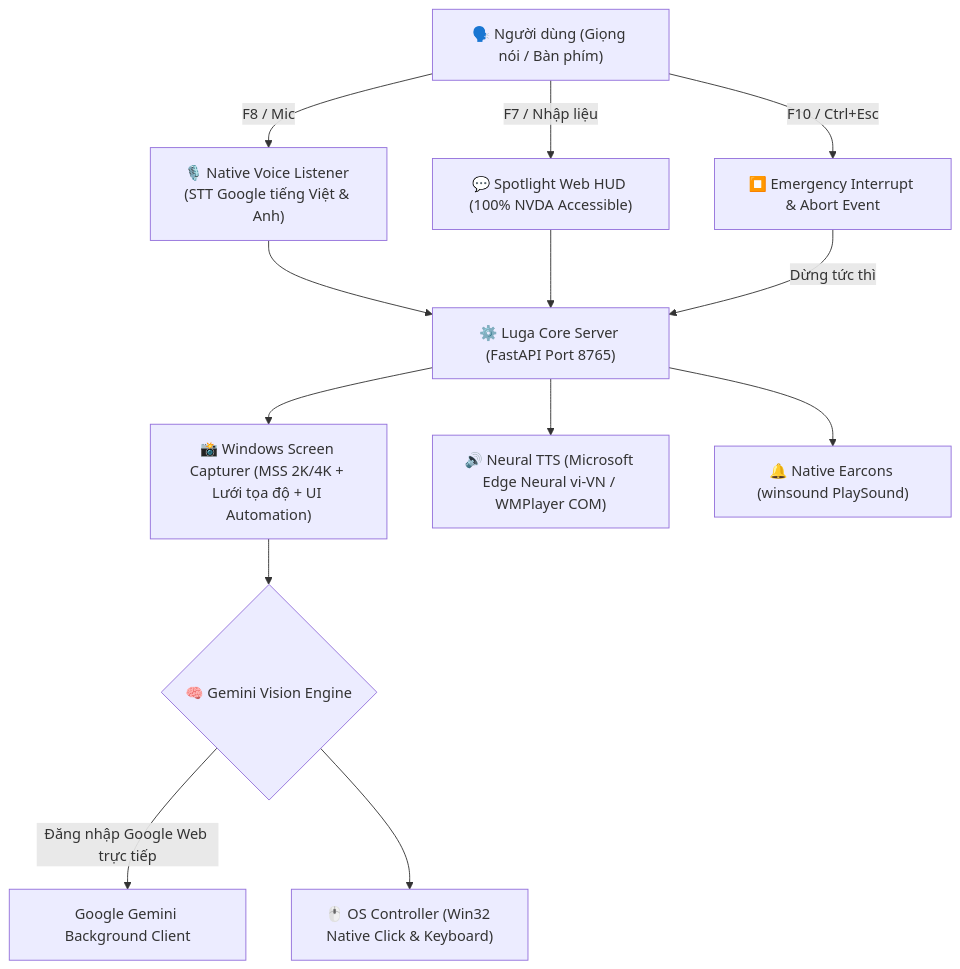
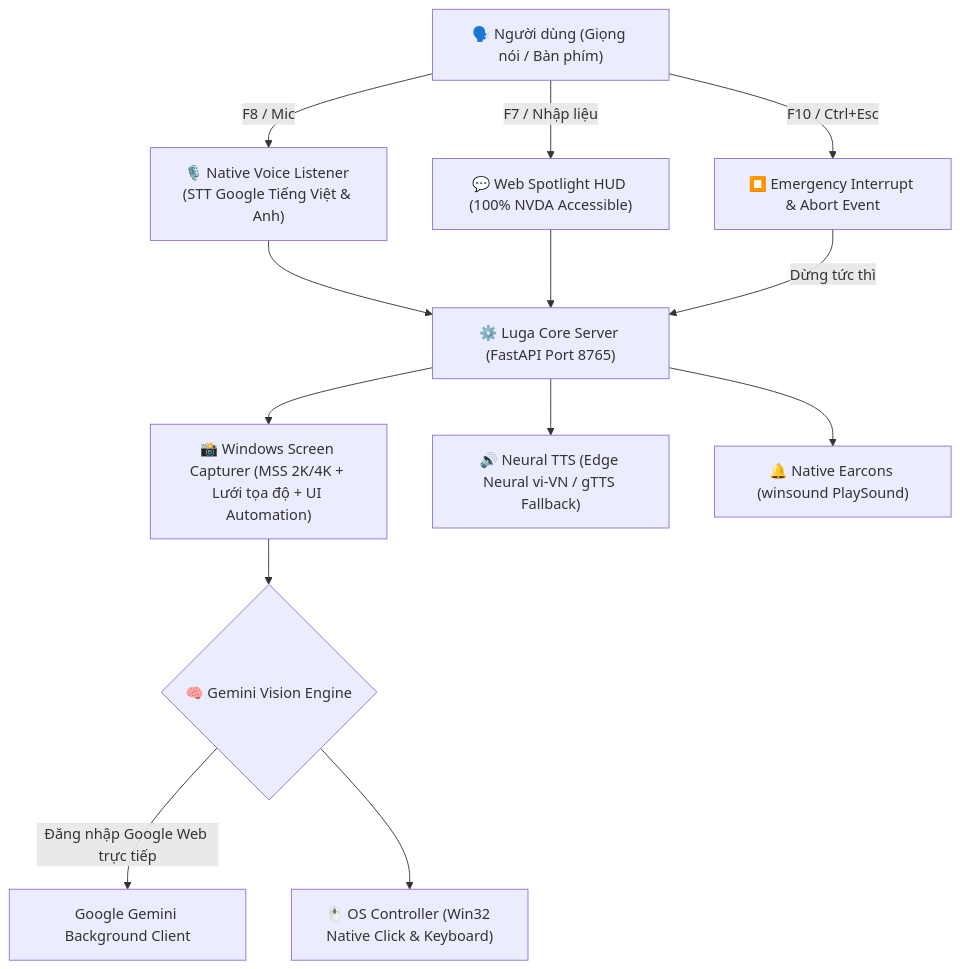
Before and after one commit to oceanondawave/luga-assist: the diagram in README.md, drawn with Mermaid. The commit also changed other lines of this file and 8 other files, not shown here.

````diff
--- a/README.md
+++ b/README.md
@@ -49,19 +59,19 @@
 ```mermaid
 graph TD
-    User["🗣️ Người dùng (Giọng nói / Bàn phím)"] -->|F8 / Mic| NativeVoice["🎙️ Native Voice Listener (STT Google tiếng Việt & Anh)"]
-    User -->|F7 / Nhập liệu| Spotlight["💬 Spotlight Web HUD (100% NVDA Accessible)"]
+    User["🗣️ Người dùng (Giọng nói / Bàn phím)"] -->|F8 / Mic| NativeVoice["🎙️ Native Voice Listener (STT Google Tiếng Việt & Anh)"]
+    User -->|F7 / Nhập liệu| Spotlight["💬 Web Spotlight HUD (100% NVDA Accessible)"]
     User -->|F10 / Ctrl+Esc| EmergencyStop["⏹️ Emergency Interrupt & Abort Event"]
 
     NativeVoice --> Hub["⚙️ Luga Core Server (FastAPI Port 8765)"]
     Spotlight --> Hub
     EmergencyStop -->|Dừng tức thì| Hub
 
     Hub --> ScreenCap["📸 Windows Screen Capturer (MSS 2K/4K + Lưới tọa độ + UI Automation)"]
     ScreenCap --> GeminiEngine{"🧠 Gemini Vision Engine"}
 
     GeminiEngine -->|Đăng nhập Google Web trực tiếp| BgSession["Google Gemini Background Client"]
 
     GeminiEngine --> OSControl["🖱️ OS Controller (Win32 Native Click & Keyboard)"]
-    Hub --> TTS["🔊 Neural TTS (Microsoft Edge Neural vi-VN / WMPlayer COM)"]
+    Hub --> TTS["🔊 Neural TTS (Edge Neural vi-VN / gTTS Fallback)"]
     Hub --> Sounds["🔔 Native Earcons (winsound PlaySound)"]
 ```
````
